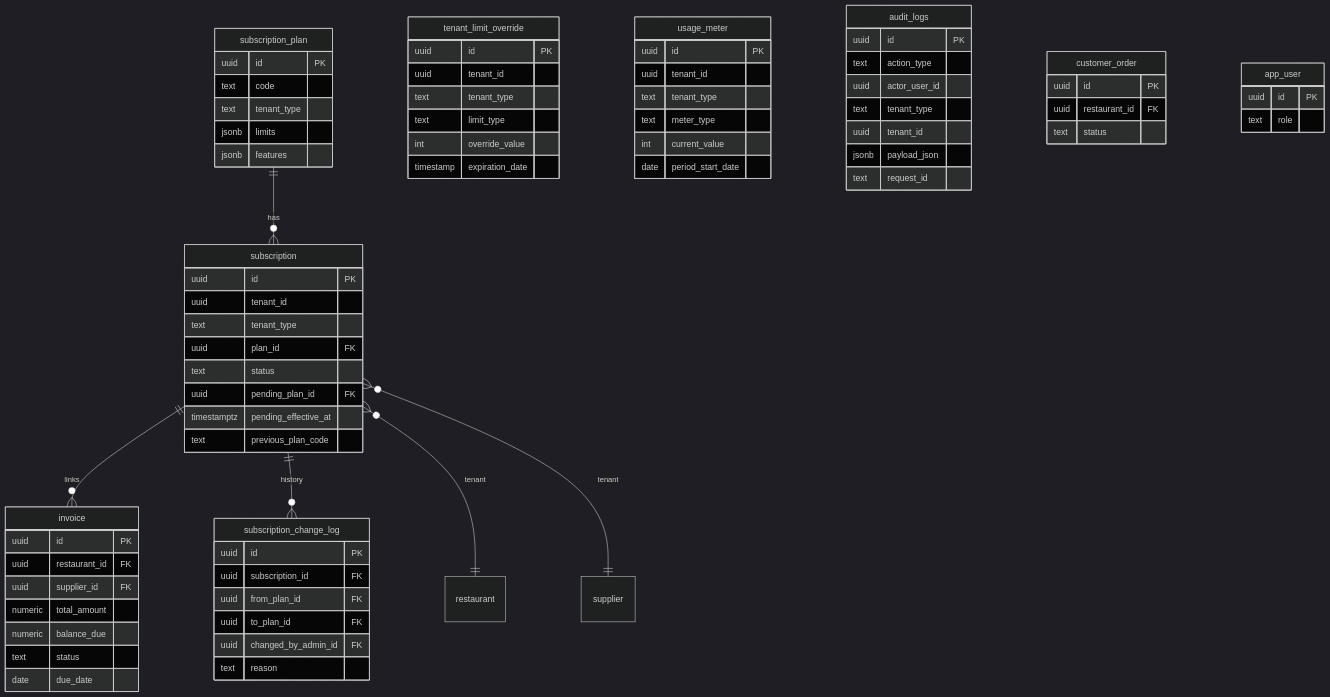
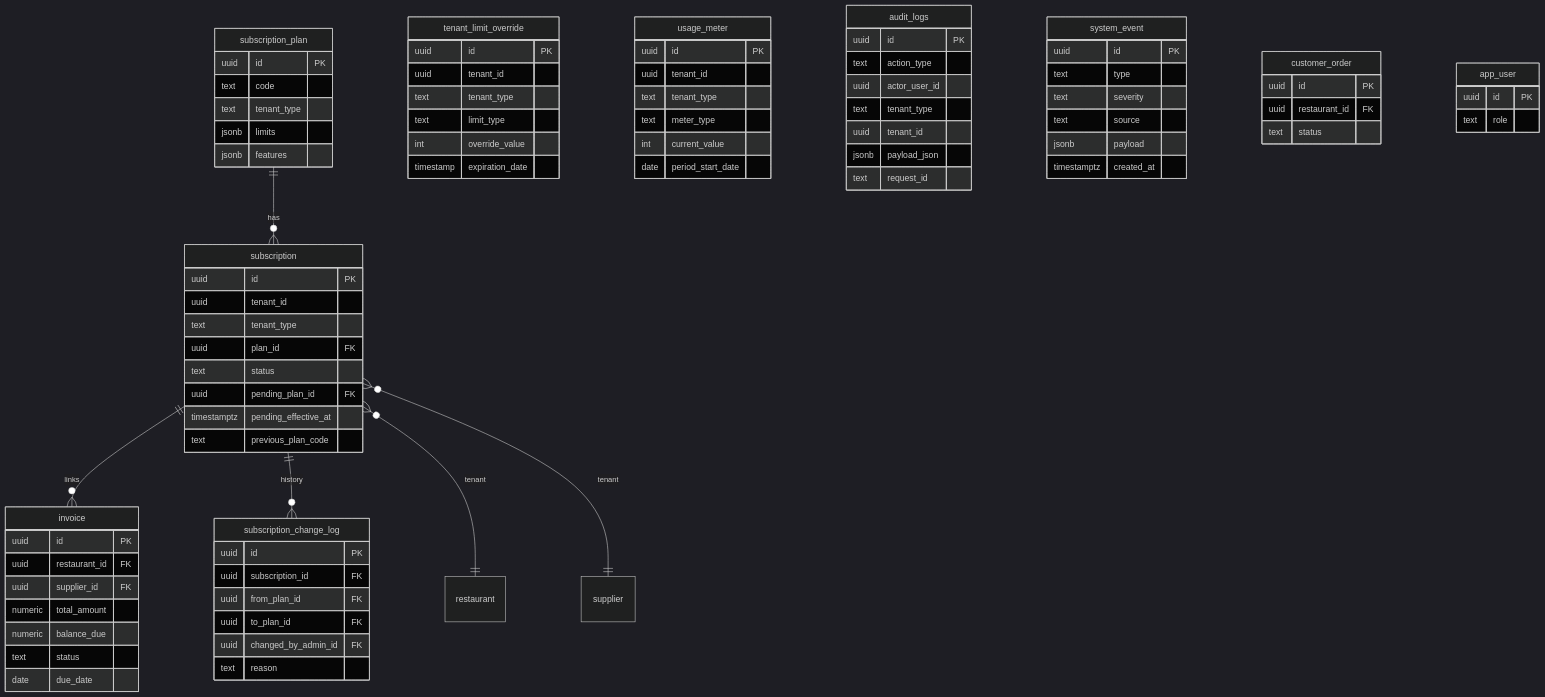
The diagram in docs/blueprint/erd_full.mmd (ghadimdallaldev/supplify_erp), drawn with Mermaid (dark theme) before and after one commit.

Commit message:
docs: add system_event to blueprint ERD

```diff
--- a/docs/blueprint/erd_full.mmd
+++ b/docs/blueprint/erd_full.mmd
@@ -1,75 +1,83 @@
 erDiagram
   subscription_plan ||--o{ subscription : "has"
   subscription ||--o{ invoice : "links"
   subscription ||--o{ subscription_change_log : "history"
   subscription_plan {
     uuid id PK
     text code
     text tenant_type
     jsonb limits
     jsonb features
   }
   subscription {
     uuid id PK
     uuid tenant_id
     text tenant_type
     uuid plan_id FK
     text status
     uuid pending_plan_id FK
     timestamptz pending_effective_at
     text previous_plan_code
   }
   subscription_change_log {
     uuid id PK
     uuid subscription_id FK
     uuid from_plan_id FK
     uuid to_plan_id FK
     uuid changed_by_admin_id FK
     text reason
   }
   tenant_limit_override {
     uuid id PK
     uuid tenant_id
     text tenant_type
     text limit_type
     int override_value
     timestamp expiration_date
   }
   usage_meter {
     uuid id PK
     uuid tenant_id
     text tenant_type
     text meter_type
     int current_value
     date period_start_date
   }
   audit_logs {
     uuid id PK
     text action_type
     uuid actor_user_id
     text tenant_type
     uuid tenant_id
     jsonb payload_json
     text request_id
   }
+  system_event {
+    uuid id PK
+    text type
+    text severity
+    text source
+    jsonb payload
+    timestamptz created_at
+  }
   invoice {
     uuid id PK
     uuid restaurant_id FK
     uuid supplier_id FK
     numeric total_amount
     numeric balance_due
     text status
     date due_date
   }
   customer_order {
     uuid id PK
     uuid restaurant_id FK
     text status
   }
   app_user {
     uuid id PK
     text role
   }
 
   subscription }o--|| restaurant : "tenant"
   subscription }o--|| supplier : "tenant"
```
